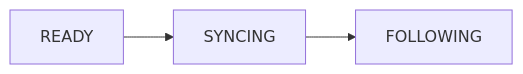
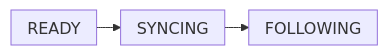
The fourth of 7 diagrams in Quest.md (YYxzz8866/Quest-Proposal), drawn with Mermaid before and after one commit. The commit also changed other lines of this file and 9 other files, not shown here.

````diff
--- a/Quest.md
+++ b/Quest.md
@@ -398,8 +401,9 @@
 ```mermaid
+%%{init: {"htmlLabels": false, "flowchart": {"htmlLabels": false, "useMaxWidth": true, "nodeSpacing": 16, "rankSpacing": 24, "padding": 8}}}%%
 flowchart LR
     N0["READY"]
     N1["SYNCING"]
     N2["FOLLOWING"]
     N0 --> N1
     N1 --> N2
 ```
````
